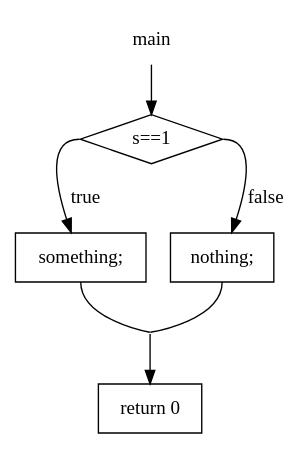
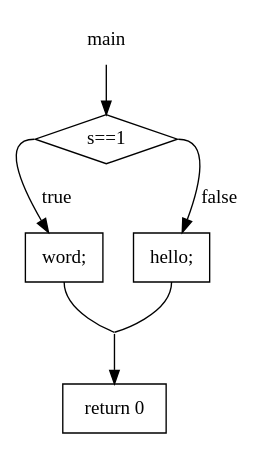
Before and after one commit to barakaki/cs451graph: the diagram in a.dot, drawn with Graphviz. The commit also changed 5 other files, not shown here.

```diff
--- a/a.dot
+++ b/a.dot
@@ -1,14 +1,14 @@
 digraph{
  node[shape = rectangle]
  
 main->"s==1"
 "s==1" [shape = diamond]
-"s==1":w->"something;"[label = true]
-"something;":s -> "pointstogether"[arrowhead=none]
-"s==1":e->"nothing;"[label = false]
-"nothing;":s -> "pointstogether"[arrowhead=none]
+"s==1":w->"word;"[label = true]
+"word;":s -> "pointstogether"[arrowhead=none]
+"s==1":e->"hello;"[label = false]
+"hello;":s -> "pointstogether"[arrowhead=none]
 pointstogether[label="",fixedsize=false,width=0,height=0,shape=none]
 "pointstogether"->"return 0"[shape=oval]
 main[shape = none]
 
 }
```
